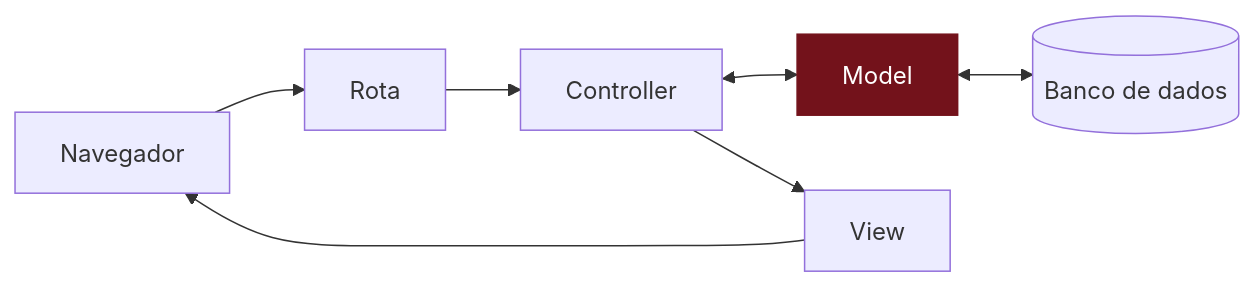
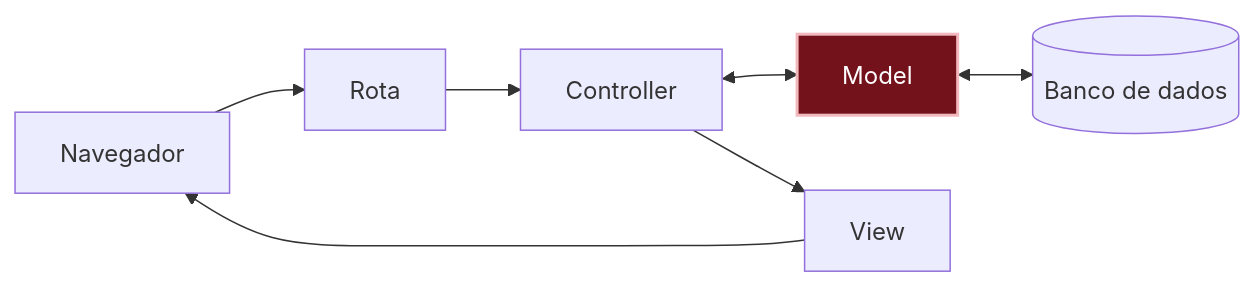
The diagram in projetos/mural-de-recados/07-e-se-o-recado-vier-vazio/o-que-aconteceu.md (RailsGirls-SP/guia-railsgirls-sp), drawn with Mermaid before and after one commit. The commit also changed 10 other files, not shown here.

````diff
--- a/projetos/mural-de-recados/07-e-se-o-recado-vier-vazio/o-que-aconteceu.md
+++ b/projetos/mural-de-recados/07-e-se-o-recado-vier-vazio/o-que-aconteceu.md
@@ -17,10 +17,10 @@
 ```mermaid
 flowchart LR
   Navegador --> Rota --> Controller
   Controller <--> Model
   Model <--> Banco[(Banco de dados)]
   Controller --> View --> Navegador
 
-  classDef aqui fill:#73121b,stroke:#73121b,color:#fff
+  classDef aqui fill:#73121b,stroke:#f2b8be,stroke-width:2px,color:#fff
   class Model aqui
 ```
````
